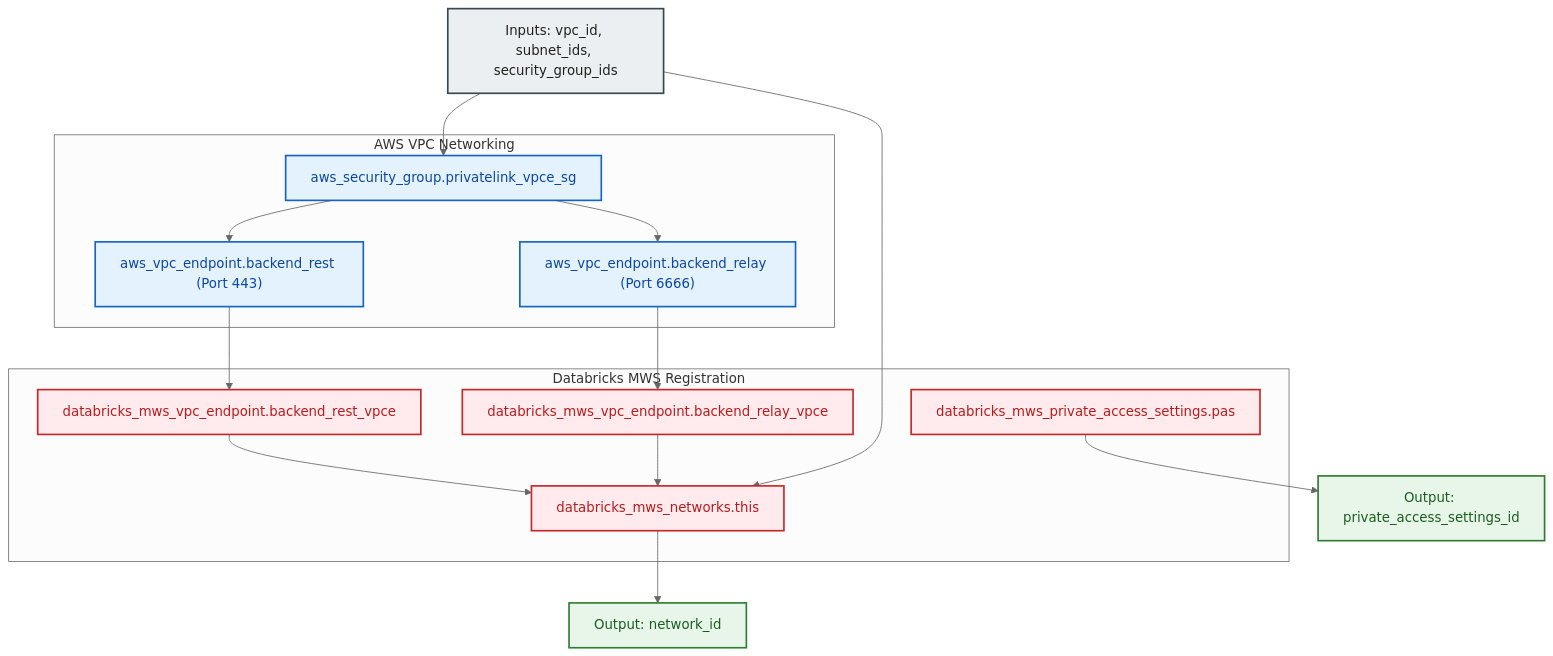
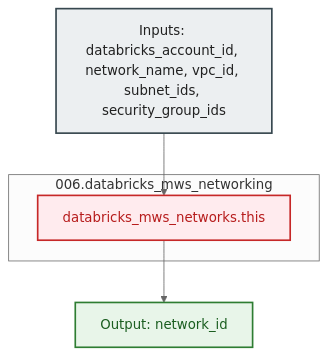
One commit to MikolajSedek/databricks_aws_deployment_03_workspaces_and_compute changed the diagram in modules/01.networking/006.databricks_mws_networking/README.md. Above: the diagram before and after it, drawn with Mermaid (neutral theme). The commit also changed other lines of this file and 12 other files, not shown here.

````diff
--- a/modules/01.networking/006.databricks_mws_networking/README.md
+++ b/modules/01.networking/006.databricks_mws_networking/README.md
@@ -61,38 +49,17 @@
 ```mermaid
 flowchart TD
     classDef input fill:#ECEFF1,stroke:#37474F,stroke-width:2px,color:#212121;
-    classDef aws fill:#E3F2FD,stroke:#1565C0,stroke-width:2px,color:#0D47A1;
     classDef dbx fill:#FFEBEE,stroke:#C62828,stroke-width:2px,color:#B71C1C;
     classDef out fill:#E8F5E9,stroke:#2E7D32,stroke-width:2px,color:#1B5E20;
 
-    Inputs["Inputs: vpc_id, subnet_ids, security_group_ids"]:::input
+    Inputs["Inputs: databricks_account_id, network_name, vpc_id, subnet_ids, security_group_ids"]:::input
 
-    subgraph AWSResources ["AWS VPC Networking"]
-        SG["aws_security_group.privatelink_vpce_sg"]:::aws
-        REST_VPCE["aws_vpc_endpoint.backend_rest (Port 443)"]:::aws
-        RELAY_VPCE["aws_vpc_endpoint.backend_relay (Port 6666)"]:::aws
-
-        SG --> REST_VPCE
-        SG --> RELAY_VPCE
-    end
-
-    subgraph MWSResources ["Databricks MWS Registration"]
-        PAS["databricks_mws_private_access_settings.pas"]:::dbx
-        MWS_REST["databricks_mws_vpc_endpoint.backend_rest_vpce"]:::dbx
-        MWS_RELAY["databricks_mws_vpc_endpoint.backend_relay_vpce"]:::dbx
+    subgraph MWSModule ["006.databricks_mws_networking"]
         MWS_NET["databricks_mws_networks.this"]:::dbx
-
-        REST_VPCE --> MWS_REST
-        RELAY_VPCE --> MWS_RELAY
-        MWS_REST --> MWS_NET
-        MWS_RELAY --> MWS_NET
     end
 
     OutNetID["Output: network_id"]:::out
-    OutPasID["Output: private_access_settings_id"]:::out
 
-    Inputs --> SG
     Inputs --> MWS_NET
     MWS_NET --> OutNetID
-    PAS --> OutPasID
 ```
````
